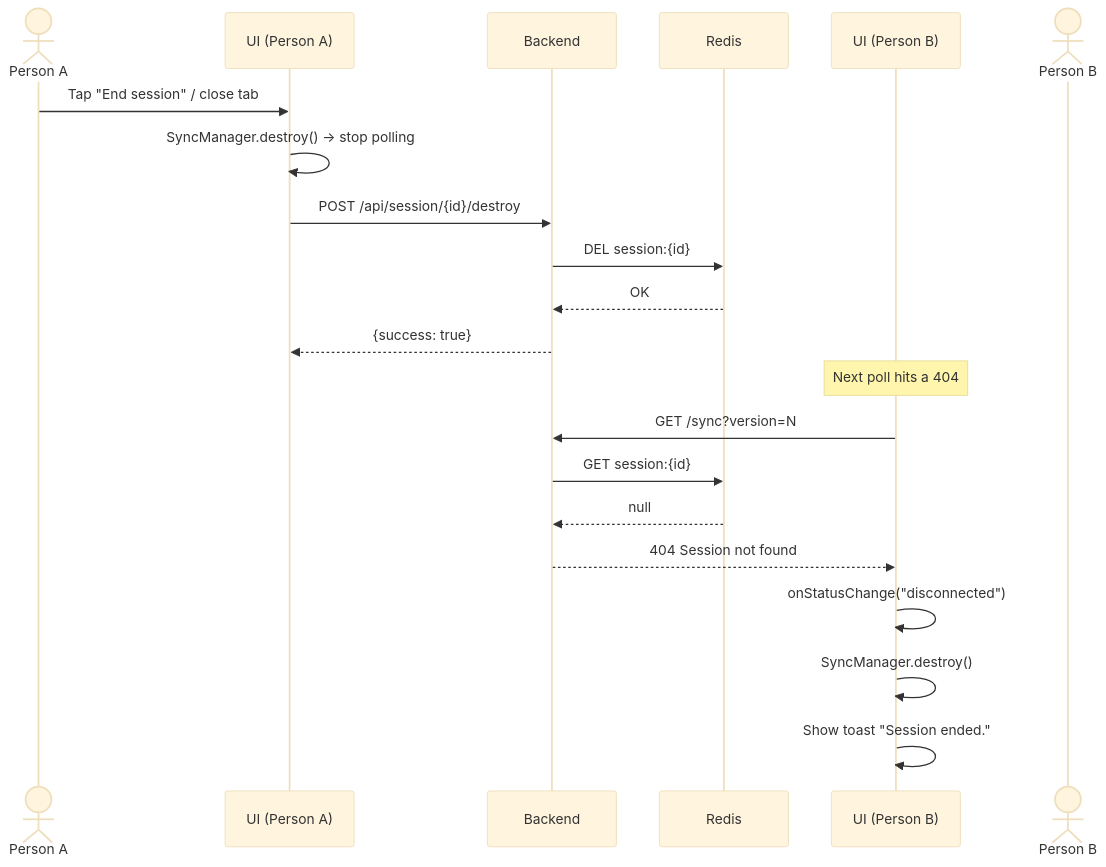
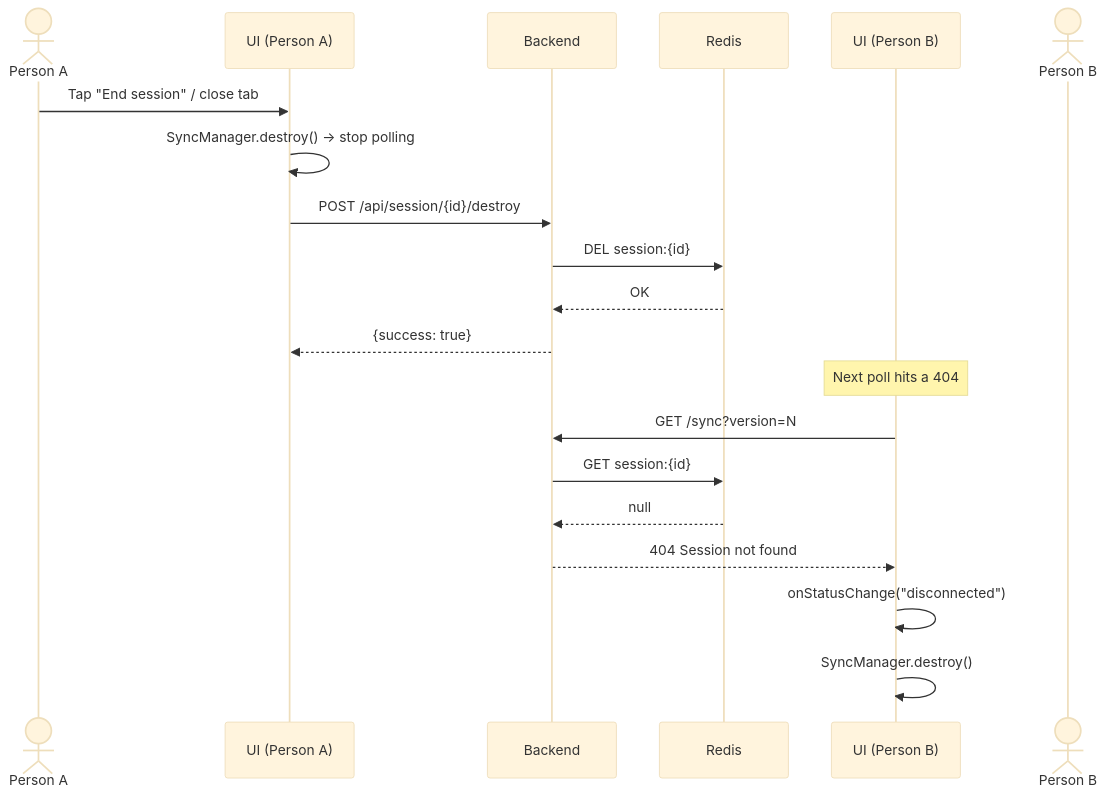
One commit to PL819/7raveL changed the fourth of 4 diagrams in menu-translator-next/src/features/collaboration/README.md. Above: the diagram before and after it, drawn with Mermaid (base theme). The commit also changed other lines of this file, not shown here.

First line of the commit message:
docs(collaboration): update join flow and trim polling diagrams in README

````diff
--- a/menu-translator-next/src/features/collaboration/README.md
+++ b/menu-translator-next/src/features/collaboration/README.md
@@ -163,25 +163,24 @@
 ```mermaid
 sequenceDiagram
     actor A as Person A
     participant UI_A as UI (Person A)
     participant Backend
     participant Redis
     participant UI_B as UI (Person B)
     actor B as Person B
 
     A->>UI_A: Tap "End session" / close tab
     UI_A->>UI_A: SyncManager.destroy() → stop polling
     UI_A->>Backend: POST /api/session/{id}/destroy
     Backend->>Redis: DEL session:{id}
     Redis-->>Backend: OK
     Backend-->>UI_A: {success: true}
 
     Note over UI_B: Next poll hits a 404
     UI_B->>Backend: GET /sync?version=N
     Backend->>Redis: GET session:{id}
     Redis-->>Backend: null
     Backend-->>UI_B: 404 Session not found
     UI_B->>UI_B: onStatusChange("disconnected")
     UI_B->>UI_B: SyncManager.destroy()
-    UI_B->>UI_B: Show toast "Session ended."
 ```
````
